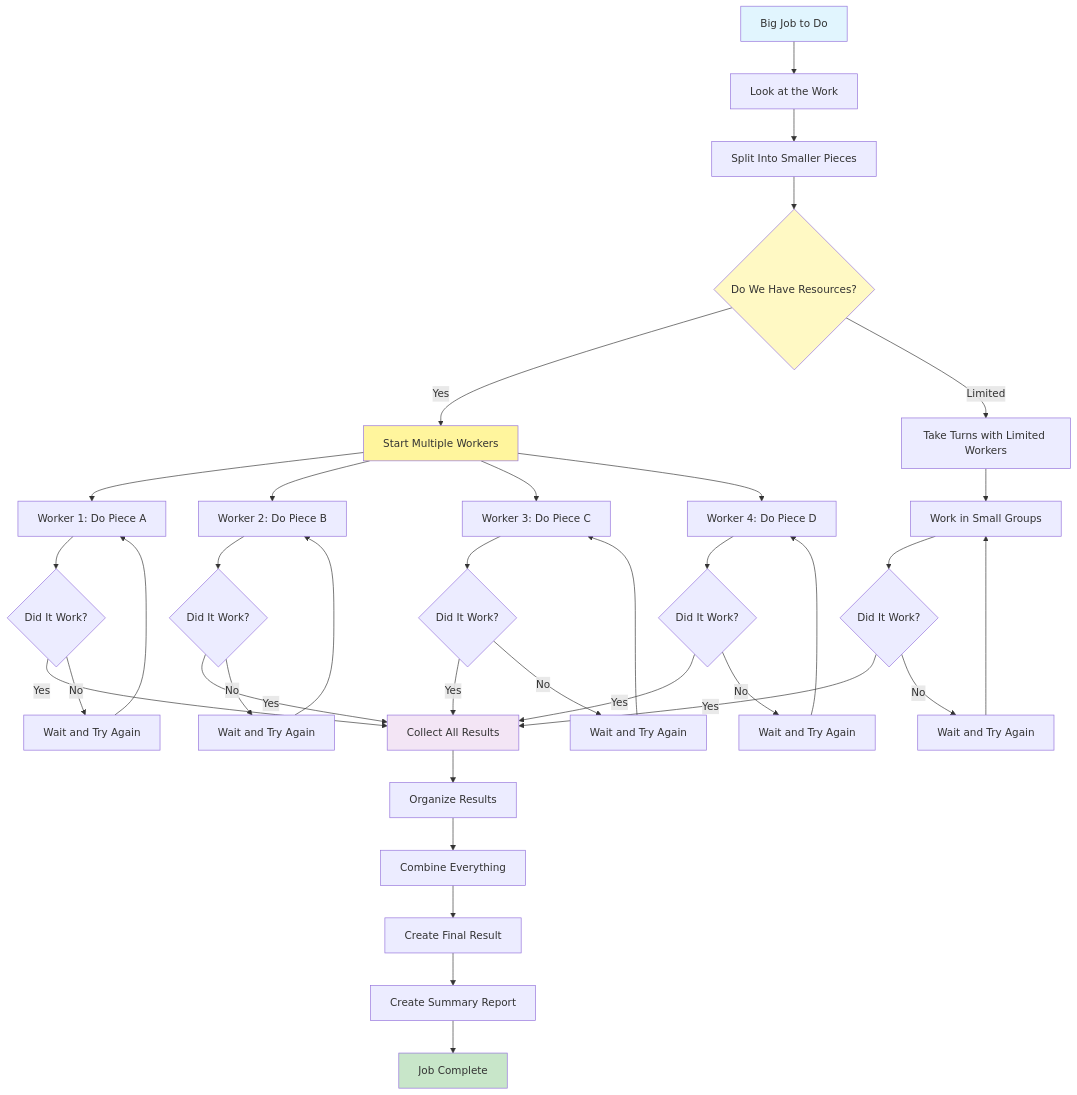
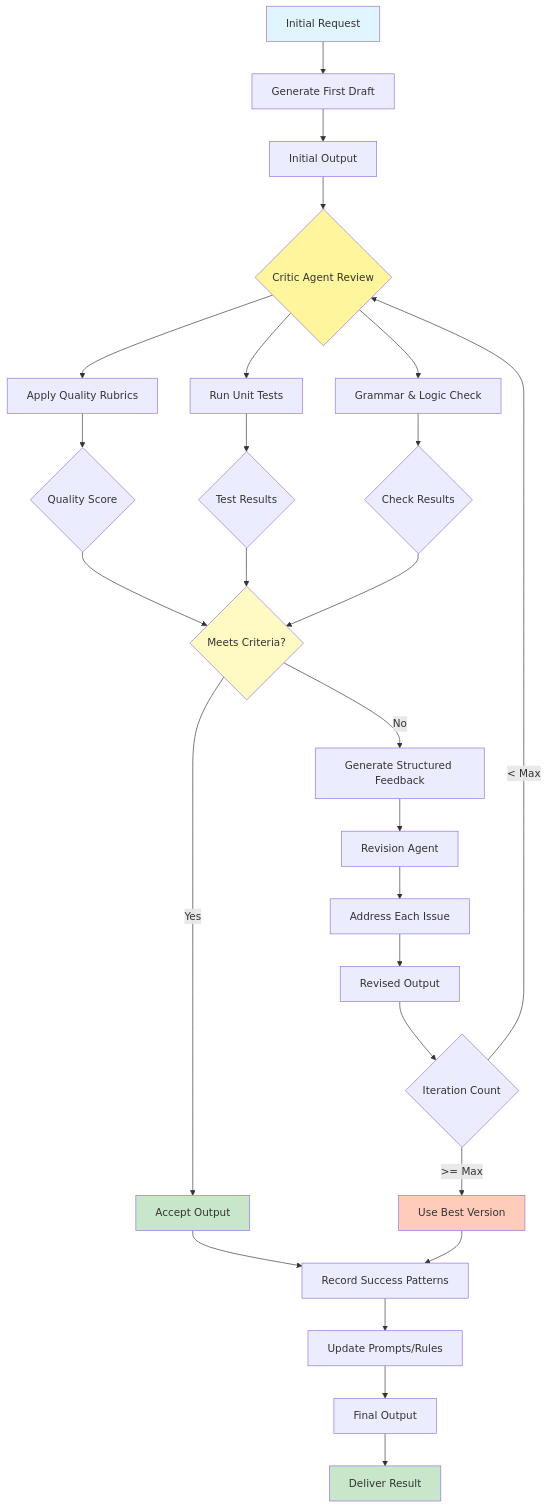
Before and after one commit to Adrian-patrick/agentic-ai-design-patterns: the diagram in diagram.mmd, drawn with Mermaid. The commit also changed 10 other files, not shown here.

```diff
--- a/diagram.mmd
+++ b/diagram.mmd
@@ -1,48 +1,42 @@
 graph TD
-    Start[Big Job to Do] --> Look[Look at the Work]
-    Look --> Split[Split Into Smaller Pieces]
+    Start[Initial Request] --> Generate[Generate First Draft]
+    Generate --> Output1[Initial Output]
     
-    Split --> Check{Do We Have Resources?}
-    Check -->|Yes| Start_Workers[Start Multiple Workers]
-    Check -->|Limited| Queue[Take Turns with Limited Workers]
+    Output1 --> Critic{Critic Agent Review}
     
-    Start_Workers --> W1[Worker 1: Do Piece A]
-    Start_Workers --> W2[Worker 2: Do Piece B]
-    Start_Workers --> W3[Worker 3: Do Piece C]
-    Start_Workers --> W4[Worker 4: Do Piece D]
-    Queue --> Batch[Work in Small Groups]
+    Critic --> Rubric[Apply Quality Rubrics]
+    Critic --> Tests[Run Unit Tests]
+    Critic --> Check[Grammar & Logic Check]
     
-    W1 --> Try1{Did It Work?}
-    W2 --> Try2{Did It Work?}
-    W3 --> Try3{Did It Work?}
-    W4 --> Try4{Did It Work?}
-    Batch --> Try5{Did It Work?}
+    Rubric --> Score1{Quality Score}
+    Tests --> Score2{Test Results}
+    Check --> Score3{Check Results}
     
-    Try1 -->|Yes| Collect[Collect All Results]
-    Try1 -->|No| Wait1[Wait and Try Again]
-    Try2 -->|Yes| Collect
-    Try2 -->|No| Wait2[Wait and Try Again]
-    Try3 -->|Yes| Collect
-    Try3 -->|No| Wait3[Wait and Try Again]
-    Try4 -->|Yes| Collect
-    Try4 -->|No| Wait4[Wait and Try Again]
-    Try5 -->|Yes| Collect
-    Try5 -->|No| Wait5[Wait and Try Again]
+    Score1 --> Evaluate{Meets Criteria?}
+    Score2 --> Evaluate
+    Score3 --> Evaluate
     
-    Wait1 --> W1
-    Wait2 --> W2
-    Wait3 --> W3
-    Wait4 --> W4
-    Wait5 --> Batch
+    Evaluate -->|No| Feedback[Generate Structured Feedback]
+    Evaluate -->|Yes| Accept[Accept Output]
     
-    Collect --> Organize[Organize Results]
-    Organize --> Combine[Combine Everything]
-    Combine --> Final[Create Final Result]
-    Final --> Summary[Create Summary Report]
-    Summary --> End[Job Complete]
+    Feedback --> Revise[Revision Agent]
+    Revise --> Address[Address Each Issue]
+    Address --> Output2[Revised Output]
+    
+    Output2 --> Counter{Iteration Count}
+    Counter -->|< Max| Critic
+    Counter -->|>= Max| Converge[Use Best Version]
+    
+    Accept --> Record[Record Success Patterns]
+    Converge --> Record
+    
+    Record --> Learn[Update Prompts/Rules]
+    Learn --> Final[Final Output]
+    Final --> End[Deliver Result]
 
     style Start fill:#e1f5fe
-    style Start_Workers fill:#fff59d
-    style Collect fill:#f3e5f5
+    style Critic fill:#fff59d
+    style Evaluate fill:#fff9c4
+    style Accept fill:#c8e6c9
+    style Converge fill:#ffccbc
     style End fill:#c8e6c9
-    style Check fill:#fff9c4
```
